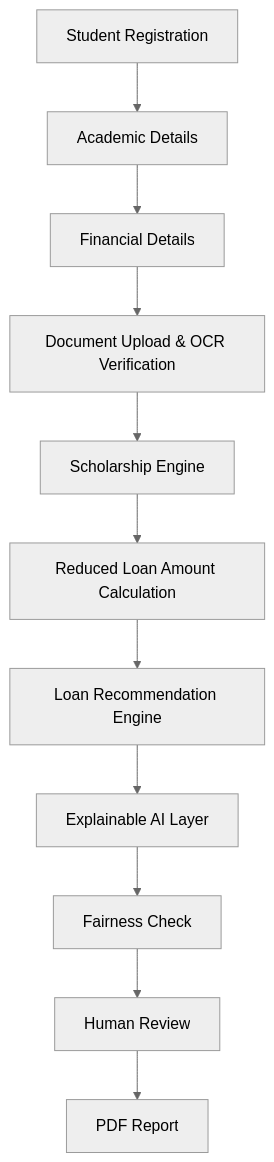
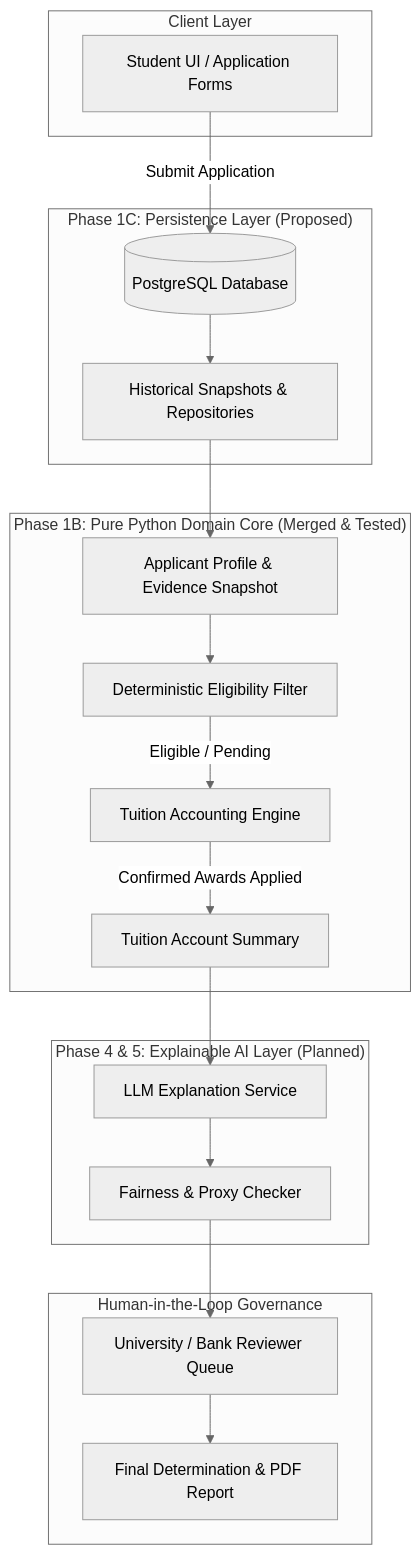
One commit to manthanshah07/FairExplain-AI changed the diagram in docs/README.md. Above: the diagram before and after it, drawn with Mermaid (neutral theme). The commit also changed other lines of this file and 10 other files, not shown here.

````diff
--- a/docs/README.md
+++ b/docs/README.md
@@ -26,13 +27,38 @@
 ```mermaid
 flowchart TD
-    A[Student Registration] --> B[Academic Details]
-    B --> C[Financial Details]
-    C --> D[Document Upload & OCR Verification]
-    D --> E[Scholarship Engine]
-    E --> F[Reduced Loan Amount Calculation]
-    F --> G[Loan Recommendation Engine]
-    G --> H[Explainable AI Layer]
-    H --> I[Fairness Check]
-    I --> J[Human Review]
-    J --> K[PDF Report]
+    subgraph Client ["Client Layer"]
+        A[Student UI / Application Forms]
+    end
+
+    subgraph DeterministicCore ["Phase 1B: Pure Python Domain Core (Merged & Tested)"]
+        B[Applicant Profile & Evidence Snapshot]
+        C[Deterministic Eligibility Filter]
+        D[Tuition Accounting Engine]
+        B --> C
+        C -->|Eligible / Pending| D
+        D -->|Confirmed Awards Applied| E[Tuition Account Summary]
+    end
+
+    subgraph PersistenceLayer ["Phase 1C: Persistence Layer (Proposed)"]
+        F[(PostgreSQL Database)]
+        G[Historical Snapshots & Repositories]
+    end
+
+    subgraph AILayer ["Phase 4 & 5: Explainable AI Layer (Planned)"]
+        H[LLM Explanation Service]
+        I[Fairness & Proxy Checker]
+    end
+
+    subgraph Governance ["Human-in-the-Loop Governance"]
+        J[University / Bank Reviewer Queue]
+        K[Final Determination & PDF Report]
+    end
+
+    A -->|Submit Application| F
+    F --> G
+    G --> B
+    E --> H
+    H --> I
+    I --> J
+    J --> K
 ```
````
